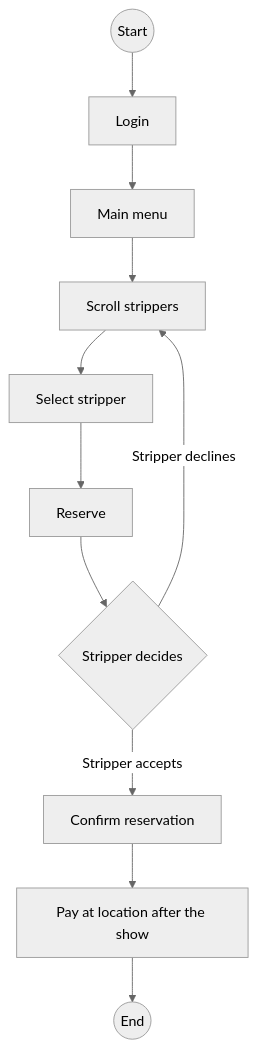
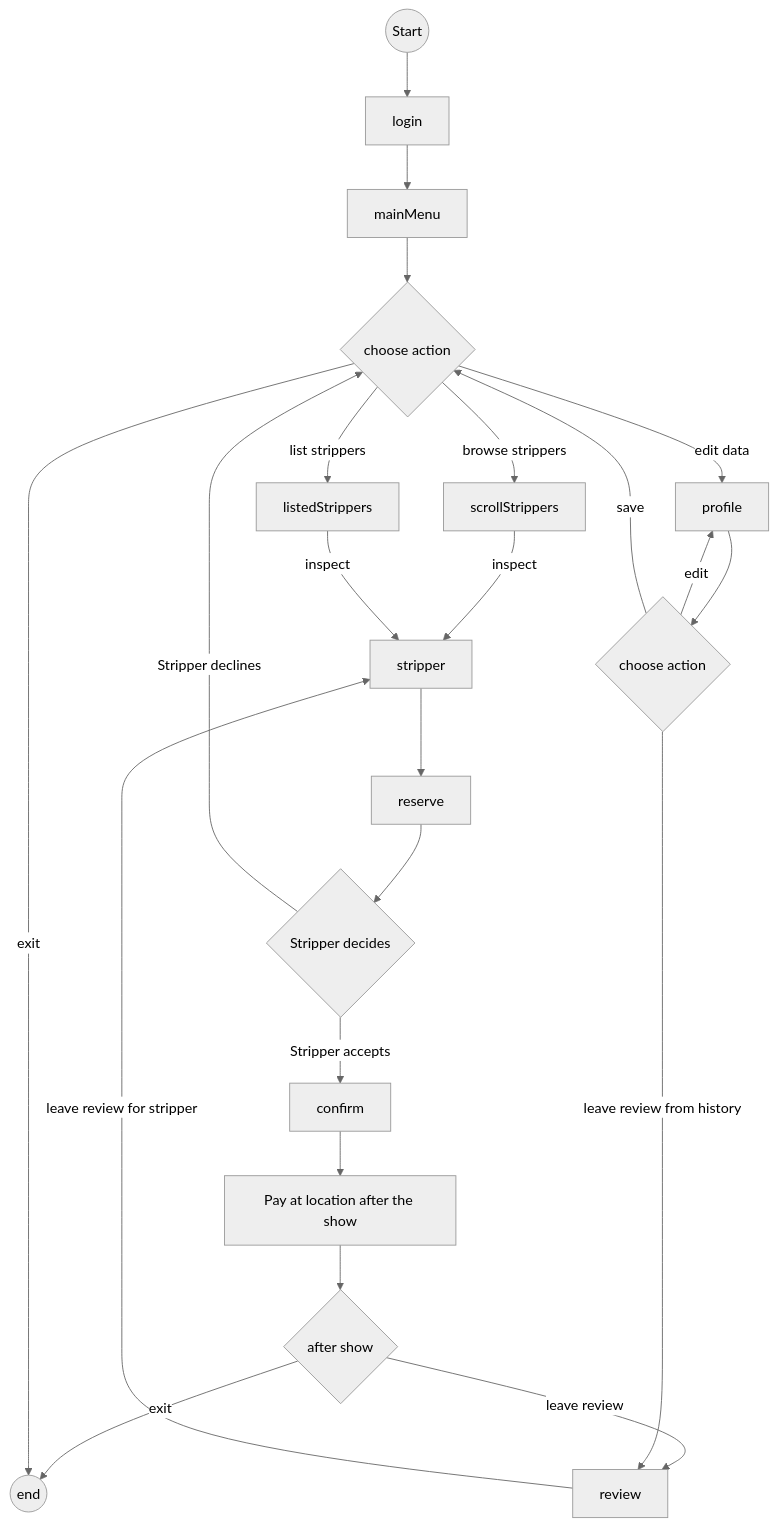
Before and after one commit to GlycerolVeinz/sinSemestralWork: the second of 3 diagrams in business/business.md, drawn with Mermaid (neutral theme). The commit also changed other lines of this file, not shown here.

Commit message:
updated user experience process

````diff
--- a/business/business.md
+++ b/business/business.md
@@ -174,13 +174,27 @@
 ```mermaid
 flowchart TD
-    start((Start)) --> login[Login]
-    login --> mainMenu[Main menu]
-    mainMenu --> tinder[Scroll strippers]
-    tinder --> select[Select stripper]
-    select --> reserve[Reserve]
-    reserve --> decision{Stripper decides}
-    decision -->|Stripper declines| tinder
-    decision -->|Stripper accepts| confirm[Confirm reservation]
-    confirm --> pay[Pay at location after the show]
-    pay --> END((End))
+    start((Start)) --> login
+    login --> mainMenu
+    mainMenu --> mainMenuAction{choose action}
+    mainMenuAction -->|browse strippers| scrollStrippers
+        scrollStrippers -->|inspect| stripper
+        stripper --> reserve
+        reserve --> decision{Stripper decides}
+        decision -->|Stripper declines| mainMenuAction
+        decision -->|Stripper accepts| confirm
+            confirm --> pay[Pay at location after the show]
+            pay --> afterShow{after show}
+                afterShow -->|exit| END((end))
+                afterShow -->|leave review| review
+                    review -->|leave review for stripper| stripper
+
+    mainMenuAction -->|list strippers| listedStrippers
+        listedStrippers -->|inspect| stripper
+    
+    mainMenuAction -->|exit| END
+    mainMenuAction -->|edit data| profile
+        profile --> profileAction{choose action}
+        profileAction --> |edit| profile
+        profileAction --> |save| mainMenuAction
+        profileAction --> |leave review from history| review
 ```
````
